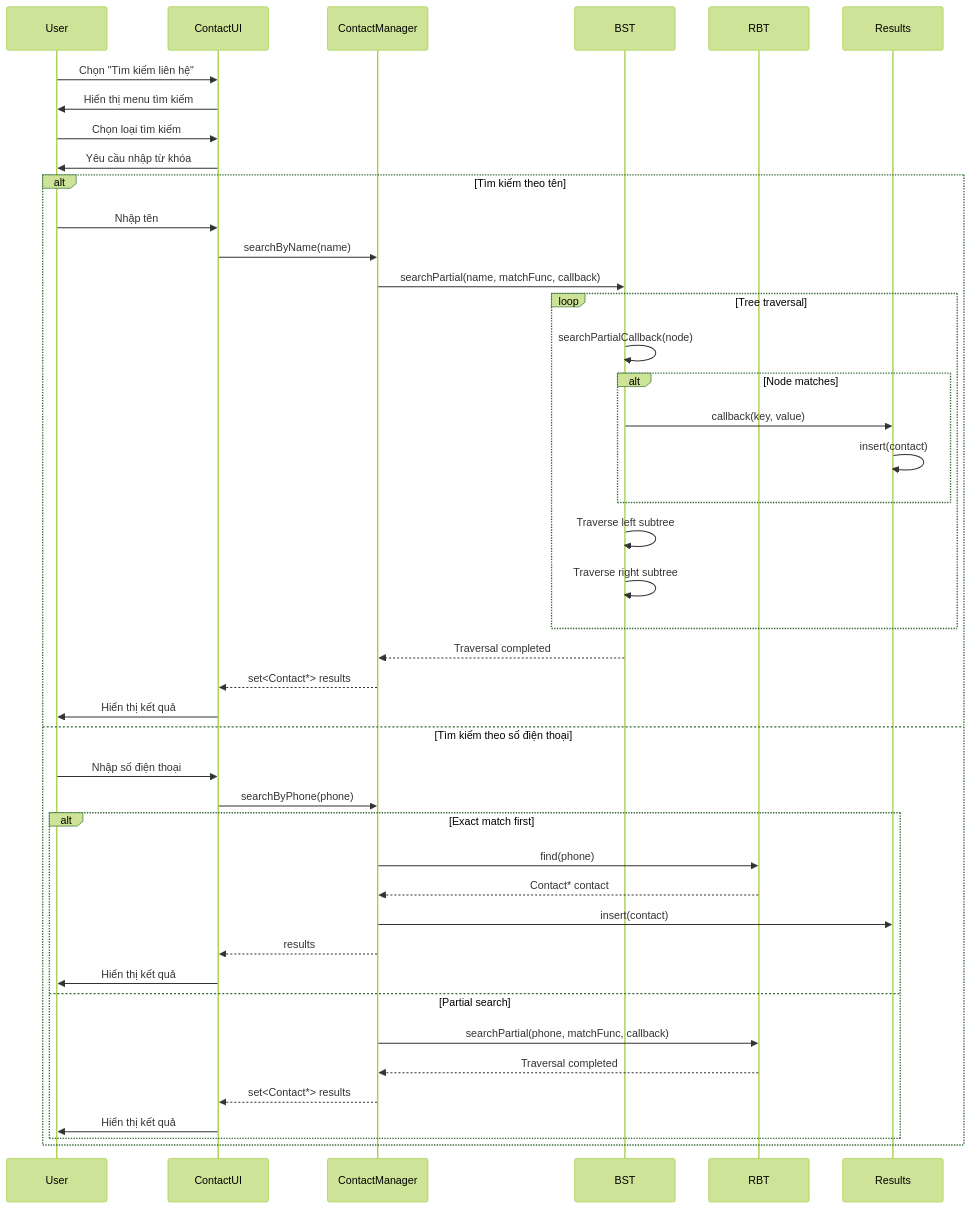
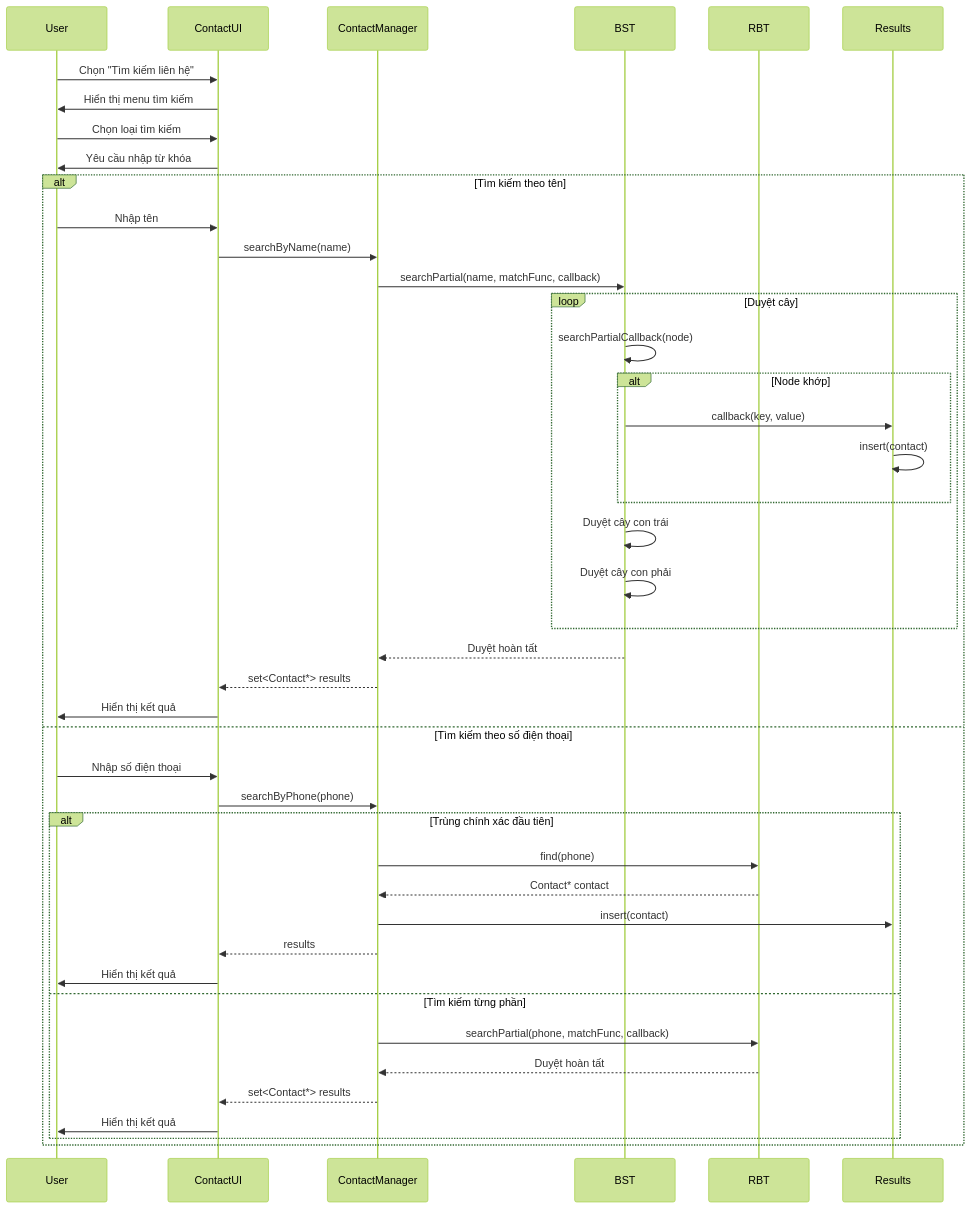
Before and after one commit to TaiLoiZzzz/DSA_PROJECT: the ninth of 15 diagrams in docs/UML_Documentation_Improved.md, drawn with Mermaid (forest theme). The commit also changed other lines of this file and 1 other file, not shown here.

````diff
--- a/docs/UML_Documentation_Improved.md
+++ b/docs/UML_Documentation_Improved.md
@@ -410,51 +410,51 @@
 ```mermaid
 sequenceDiagram
     participant User
     participant ContactUI
     participant ContactManager
     participant BST
     participant RBT
     participant Results
     
     User->>ContactUI: Chọn "Tìm kiếm liên hệ"
     ContactUI->>User: Hiển thị menu tìm kiếm
     User->>ContactUI: Chọn loại tìm kiếm
     ContactUI->>User: Yêu cầu nhập từ khóa
     
     alt Tìm kiếm theo tên
         User->>ContactUI: Nhập tên
         ContactUI->>ContactManager: searchByName(name)
         ContactManager->>BST: searchPartial(name, matchFunc, callback)
         
-        loop Tree traversal
+        loop Duyệt cây
             BST->>BST: searchPartialCallback(node)
-            alt Node matches
+            alt Node khớp
                 BST->>Results: callback(key, value)
                 Results->>Results: insert(contact)
             end
-            BST->>BST: Traverse left subtree
-            BST->>BST: Traverse right subtree
+            BST->>BST: Duyệt cây con trái
+            BST->>BST: Duyệt cây con phải
         end
         
-        BST-->>ContactManager: Traversal completed
+        BST-->>ContactManager: Duyệt hoàn tất
         ContactManager-->>ContactUI: set<Contact*> results
         ContactUI->>User: Hiển thị kết quả
         
     else Tìm kiếm theo số điện thoại
         User->>ContactUI: Nhập số điện thoại
         ContactUI->>ContactManager: searchByPhone(phone)
         
-        alt Exact match first
+        alt Trùng chính xác đầu tiên
             ContactManager->>RBT: find(phone)
             RBT-->>ContactManager: Contact* contact
             ContactManager->>Results: insert(contact)
             ContactManager-->>ContactUI: results
             ContactUI->>User: Hiển thị kết quả
-        else Partial search
+        else Tìm kiếm từng phần
             ContactManager->>RBT: searchPartial(phone, matchFunc, callback)
-            RBT-->>ContactManager: Traversal completed
+            RBT-->>ContactManager: Duyệt hoàn tất
             ContactManager-->>ContactUI: set<Contact*> results
             ContactUI->>User: Hiển thị kết quả
         end
     end
 ```
````
